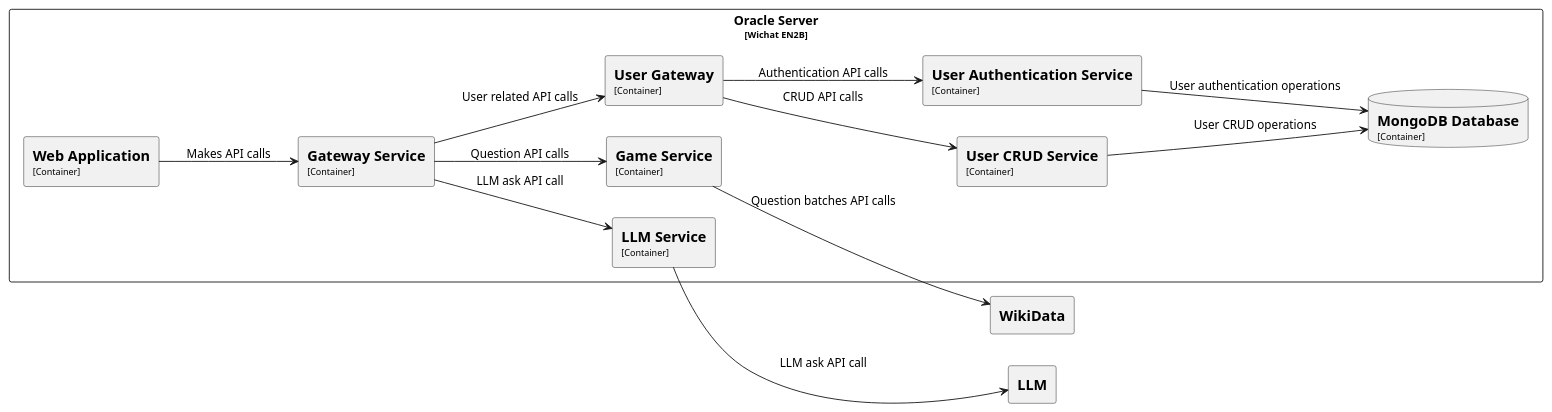
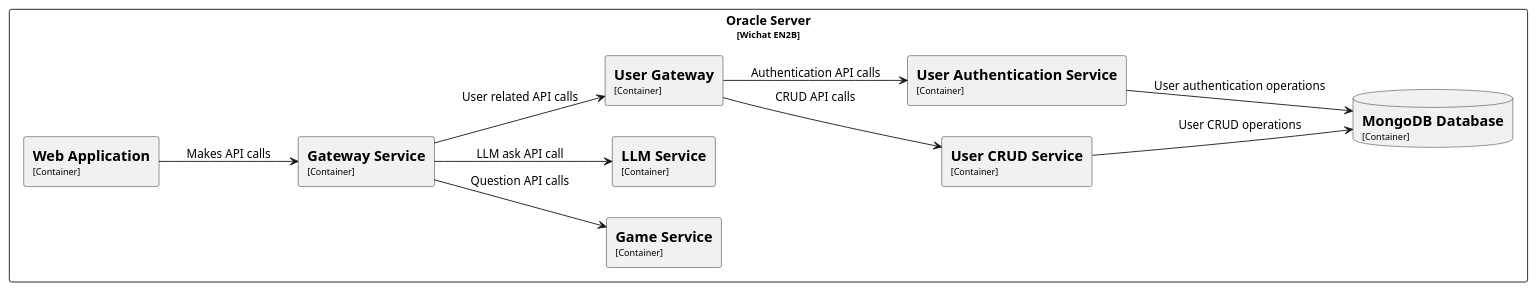
Before and after one commit to Arquisoft/wichat_en2b: the second of 2 diagrams in docs/src/07_deployment_view.adoc, drawn with PlantUML. The commit also changed other lines of this file, not shown here.

```diff
--- a/docs/src/07_deployment_view.adoc
+++ b/docs/src/07_deployment_view.adoc
@@ -101,29 +101,24 @@
 [plantuml,"UML diagram 2",png]
 ----
 left to right direction
-
-rectangle "==WikiData" as WikiData
-rectangle "==LLM" as LLM
 
 rectangle "Oracle Server\n<size:10>[Wichat EN2B]</size>"  {
   rectangle "==Game Service\n<size:10>[Container]</size>" as GameService
   database "==MongoDB Database\n<size:10>[Container]</size>" as MongoDBDatabase
   rectangle "==Web Application\n<size:10>[Container]</size>"  as WebApplication
   rectangle "==Gateway Service\n<size:10>[Container]</size>"  as GatewayService
   rectangle "==LLM Service\n<size:10>[Container]</size>"  as LLMService
   rectangle "==User Gateway\n<size:10>[Container]</size>"  as UserGateway
   rectangle "==User CRUD Service\n<size:10>[Container]</size>" as UserCRUDService
   rectangle "==User Authentication Service\n<size:10>[Container]</size>" as UserAuthenticationService
 }
 
-LLMService --> LLM : "LLM ask API call"
 WebApplication --> GatewayService : "Makes API calls"
 GatewayService --> LLMService : "LLM ask API call"
 GatewayService --> UserGateway : "User related API calls"
 GatewayService --> GameService : "Question API calls"
-GameService --> WikiData : "Question batches API calls"
 UserGateway --> UserCRUDService : "CRUD API calls"
 UserGateway --> UserAuthenticationService : "Authentication API calls"
 UserCRUDService --> MongoDBDatabase : "User CRUD operations"
 UserAuthenticationService --> MongoDBDatabase : "User authentication operations"
 ----
```
